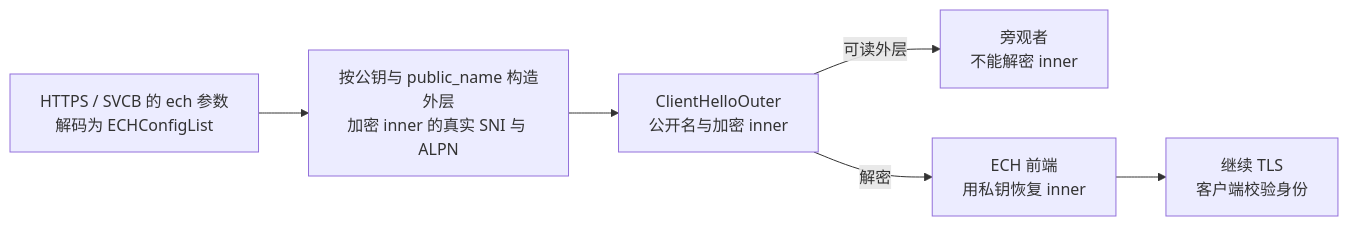
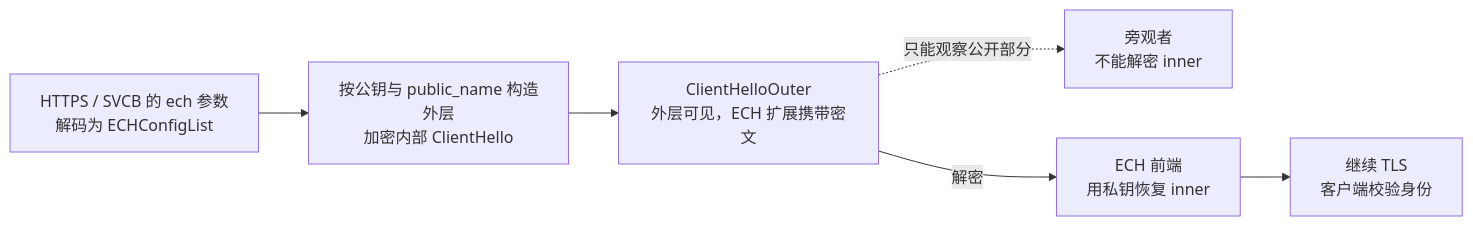
The third of 3 diagrams in content/posts/networking/http-evolution-tls-handshake-https.md (fordelkon/delkon.us.kg), drawn with Mermaid before and after one commit. The commit also changed other lines of this file and 21 other files, not shown here.

Commit message:
feat: refine networking diagrams and examples

````diff
--- a/content/posts/networking/http-evolution-tls-handshake-https.md
+++ b/content/posts/networking/http-evolution-tls-handshake-https.md
@@ -144,8 +138,8 @@
 ```mermaid mobile-direction="TB" title="ECH 的公开外层与受保护的 ClientHello" description="展示通过 DNS HTTPS 或 SVCB 的 ech 参数取得配置、并成功使用 ECH 的路径，不表示每次都要重新查询 DNS，也不表示所有站点都提供 ECH。配置包含公钥与 public_name；ClientHelloInner 中的真实 SNI 和受保护 ALPN 被加密后放进外层 ECH 扩展。持有对应私钥的 ECH 前端可恢复 inner，旁观者只能读取外层及网络元数据；客户端仍需完成 TLS 服务身份验证。"
 flowchart LR
- dns["HTTPS / SVCB 的 ech 参数<br/>解码为 ECHConfigList"] --> seal["按公钥与 public_name 构造外层<br/>加密 inner 的真实 SNI 与 ALPN"]
- seal --> outer["ClientHelloOuter<br/>公开名与加密 inner"]
- outer -->|可读外层| observer["旁观者<br/>不能解密 inner"]
+ dns["HTTPS / SVCB 的 ech 参数<br/>解码为 ECHConfigList"] --> seal["按公钥与 public_name 构造外层<br/>加密内部 ClientHello"]
+ seal --> outer["ClientHelloOuter<br/>外层可见，ECH 扩展携带密文"]
+ outer -.->|只能观察公开部分| observer["旁观者<br/>不能解密 inner"]
  outer -->|解密| frontend["ECH 前端<br/>用私钥恢复 inner"]
  frontend --> tls["继续 TLS<br/>客户端校验身份"]
 ```
````
